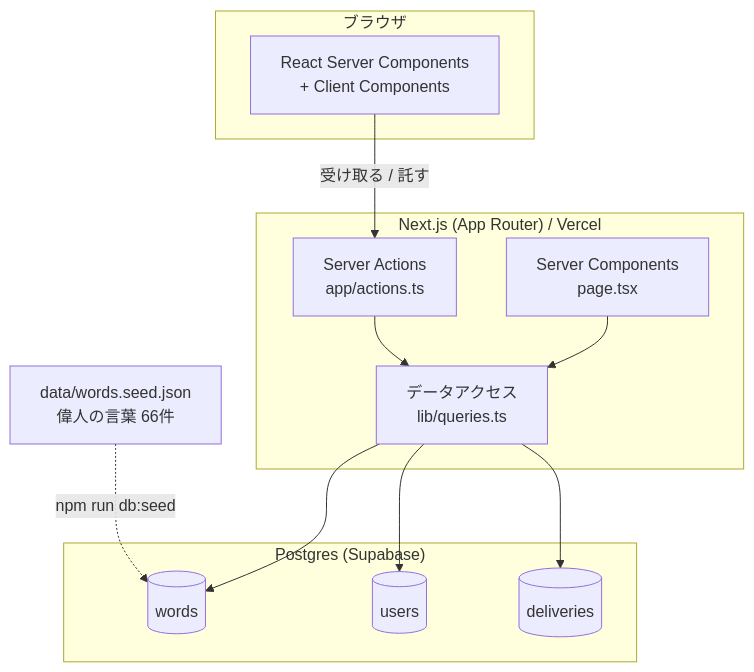
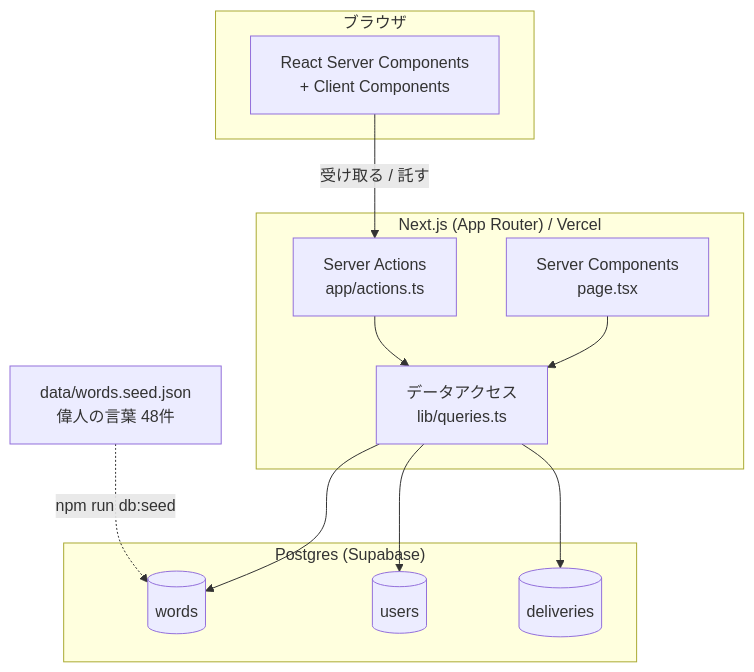
Before and after one commit to ramuu33/techc_hack1: the second of 3 diagrams in README.md, drawn with Mermaid. The commit also changed other lines of this file and 12 other files, not shown here.

````diff
--- a/README.md
+++ b/README.md
@@ -111,27 +111,27 @@
 ```mermaid
 flowchart TB
     subgraph browser["ブラウザ"]
         UI["React Server Components<br/>+ Client Components"]
     end
 
     subgraph vercel["Next.js (App Router) / Vercel"]
         PAGE["Server Components<br/>page.tsx"]
         ACT["Server Actions<br/>app/actions.ts"]
         Q["データアクセス<br/>lib/queries.ts"]
     end
 
     subgraph db["Postgres (Supabase)"]
         W[("words")]
         U[("users")]
         D[("deliveries")]
     end
 
     UI -->|"受け取る / 託す"| ACT
     PAGE --> Q
     ACT --> Q
     Q --> W
     Q --> U
     Q --> D
 
-    SEED["data/words.seed.json<br/>偉人の言葉 66件"] -.->|"npm run db:seed"| W
+    SEED["data/words.seed.json<br/>偉人の言葉 48件"] -.->|"npm run db:seed"| W
 ```
````
